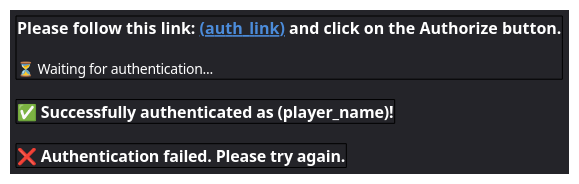
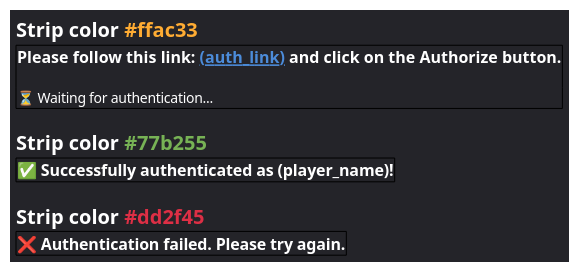
Before and after one commit to vnmc-ecosystem/vnmc-designs: the diagram in bot-ui/login/login.puml, drawn with PlantUML. The commit also changed 11 other files, not shown here.

```diff
--- a/bot-ui/login/login.puml
+++ b/bot-ui/login/login.puml
@@ -1,22 +1,25 @@
 @startsalt login
 	<style>
 		saltDiagram {
 			BackgroundColor #242429
 		}
 	</style>
 	{
+		= <color:#ffffff>Strip color <color:#ffac33><size:16>#ffac33
 		{+
 			<b><color:#ffffff><size:16>Please follow this link: <color:#4c8cda>__(auth_link)__ <color:#ffffff>and click on the **Authorize** button.
 			.
 			<color:#ffffff><size:14>⏳ Waiting for authentication...
 		}
 		.
+		= <color:#ffffff>Strip color <color:#77b255><size:16>#77b255
 		{+
 			<b><color:#ffffff><size:16>✅ Successfully authenticated as (player_name)!
 		}
 		.
+		= <color:#ffffff>Strip color <color:#dd2f45><size:16>#dd2f45
 		{+
 			<b><color:#ffffff><size:16>❌ Authentication failed. Please try again.
 		}
 	}
 @endsalt
```
